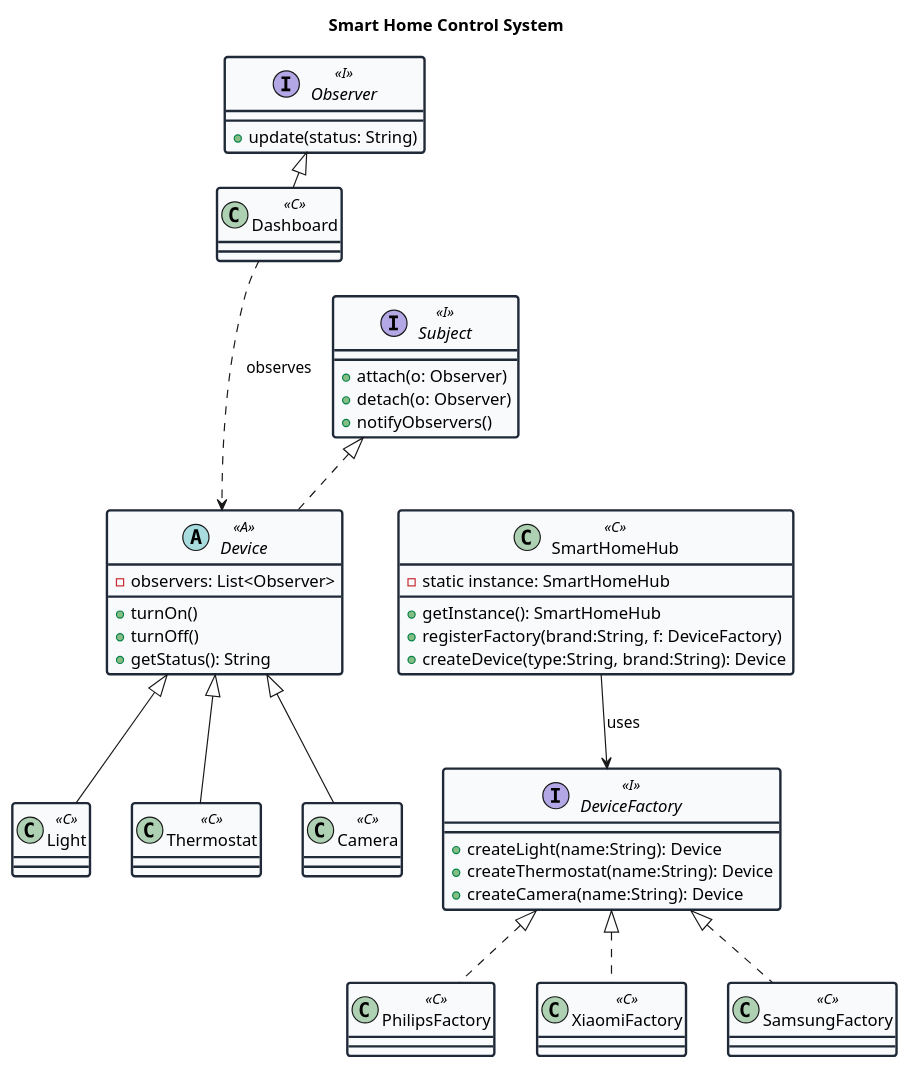
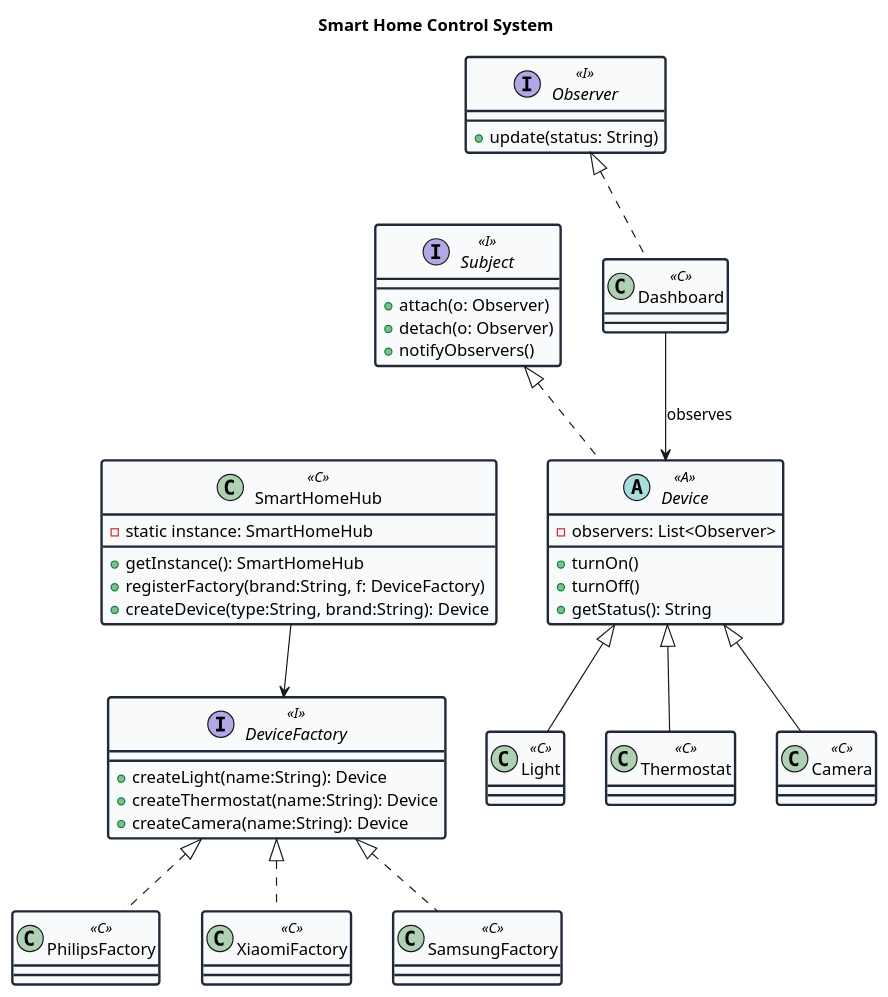
Before and after one commit to tiendungv03/SwD: the diagram in Lab_3_Smart Home/src/Script(PlantUML)_Smart_Home_Control_System.puml, drawn with PlantUML. The commit also changed 2 other files, not shown here.

Commit message:
update lab 3 img and script uml

```diff
--- a/Lab_3_Smart Home/src/Script(PlantUML)_Smart_Home_Control_System.puml
+++ b/Lab_3_Smart Home/src/Script(PlantUML)_Smart_Home_Control_System.puml
@@ -1,66 +1,66 @@
 @startuml
 top to bottom direction
 title Smart Home Control System
 
 skinparam BackgroundColor #FFFFFF
 skinparam ClassBackgroundColor #F8FAFC
 skinparam ClassBorderColor #1F2937
 skinparam ClassBorderThickness 2
 skinparam InterfaceBackgroundColor #EEF2FF
 skinparam InterfaceBorderColor #1F2937
 skinparam InterfaceBorderThickness 2
 
 
 interface Observer <<I>> {
   +update(status: String)
 }
 
 interface Subject <<I>> {
   +attach(o: Observer)
   +detach(o: Observer)
   +notifyObservers()
 }
 class SmartHomeHub <<C>> {
   -static instance: SmartHomeHub
   +getInstance(): SmartHomeHub
   +registerFactory(brand:String, f: DeviceFactory)
   +createDevice(type:String, brand:String): Device
 }
 Observer -[hidden]-> Subject
 Subject  -[hidden]-> SmartHomeHub
 
 
 abstract class Device <<A>> {
   -observers: List<Observer>
   +turnOn()
   +turnOff()
   +getStatus(): String
 }
 class Dashboard <<C>>
 
 
 class Light <<C>>
 class Thermostat <<C>>
 class Camera <<C>>
 
 interface DeviceFactory <<I>> {
   +createLight(name:String): Device
   +createThermostat(name:String): Device
   +createCamera(name:String): Device
 }
 class PhilipsFactory <<C>>
 class XiaomiFactory  <<C>>
 class SamsungFactory <<C>>
 
 '=== Quan hệ ===
 Subject <|.. Device
-Observer <|- Dashboard
-Dashboard ..> Device : observes
+Observer <|.. Dashboard
+Dashboard --> Device : observes
 Device <|-- Light
 Device <|-- Thermostat
 Device <|-- Camera
 DeviceFactory <|.. PhilipsFactory
 DeviceFactory <|.. XiaomiFactory
 DeviceFactory <|.. SamsungFactory
-SmartHomeHub --> DeviceFactory : uses
+SmartHomeHub --> DeviceFactory
 @enduml
```
